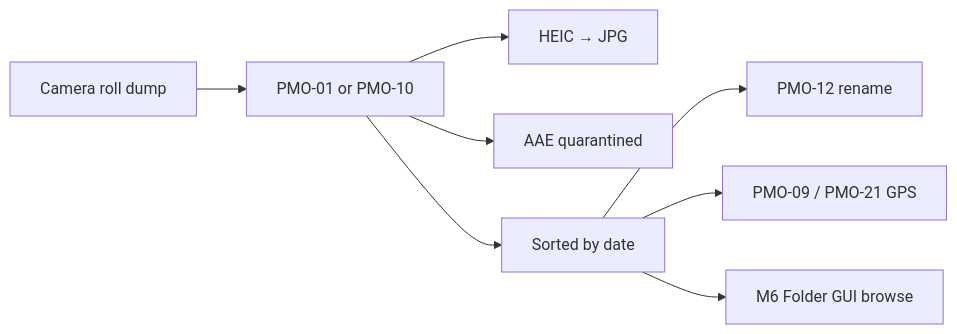
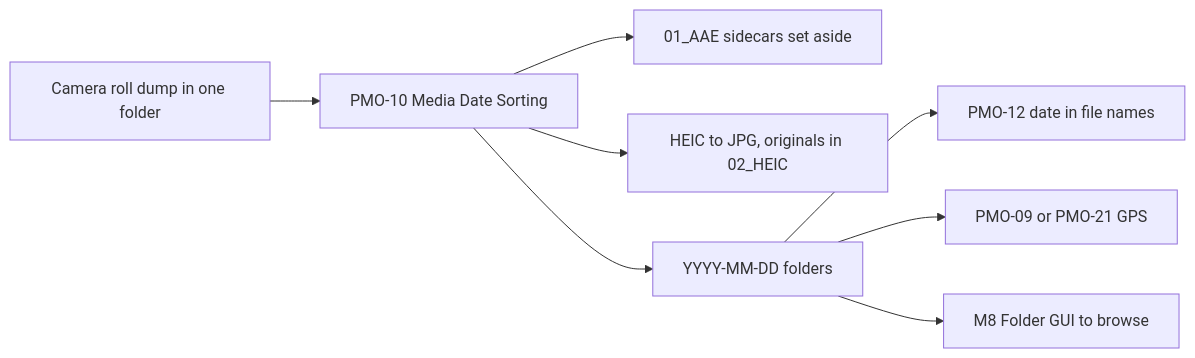
The first of 3 diagrams in README.md (edchen1240/Personal-Media-Organizer), drawn with Mermaid before and after one commit. The commit also changed other lines of this file and 1 other file, not shown here.

````diff
--- a/README.md
+++ b/README.md
@@ -127,10 +154,10 @@
 ```mermaid
 flowchart LR
-    A[Camera roll dump] --> B[PMO-01 or PMO-10]
-    B --> C[HEIC → JPG]
-    B --> D[AAE quarantined]
-    B --> E[Sorted by date]
-    E --> F[PMO-12 rename]
-    E --> G[PMO-09 / PMO-21 GPS]
-    E --> H[M6 Folder GUI browse]
+    A[Camera roll dump in one folder] --> B[PMO-10 Media Date Sorting]
+    B --> C[01_AAE sidecars set aside]
+    B --> D[HEIC to JPG, originals in 02_HEIC]
+    B --> E[YYYY-MM-DD folders]
+    E --> F[PMO-12 date in file names]
+    E --> G[PMO-09 or PMO-21 GPS]
+    E --> H[M8 Folder GUI to browse]
 ```
````
